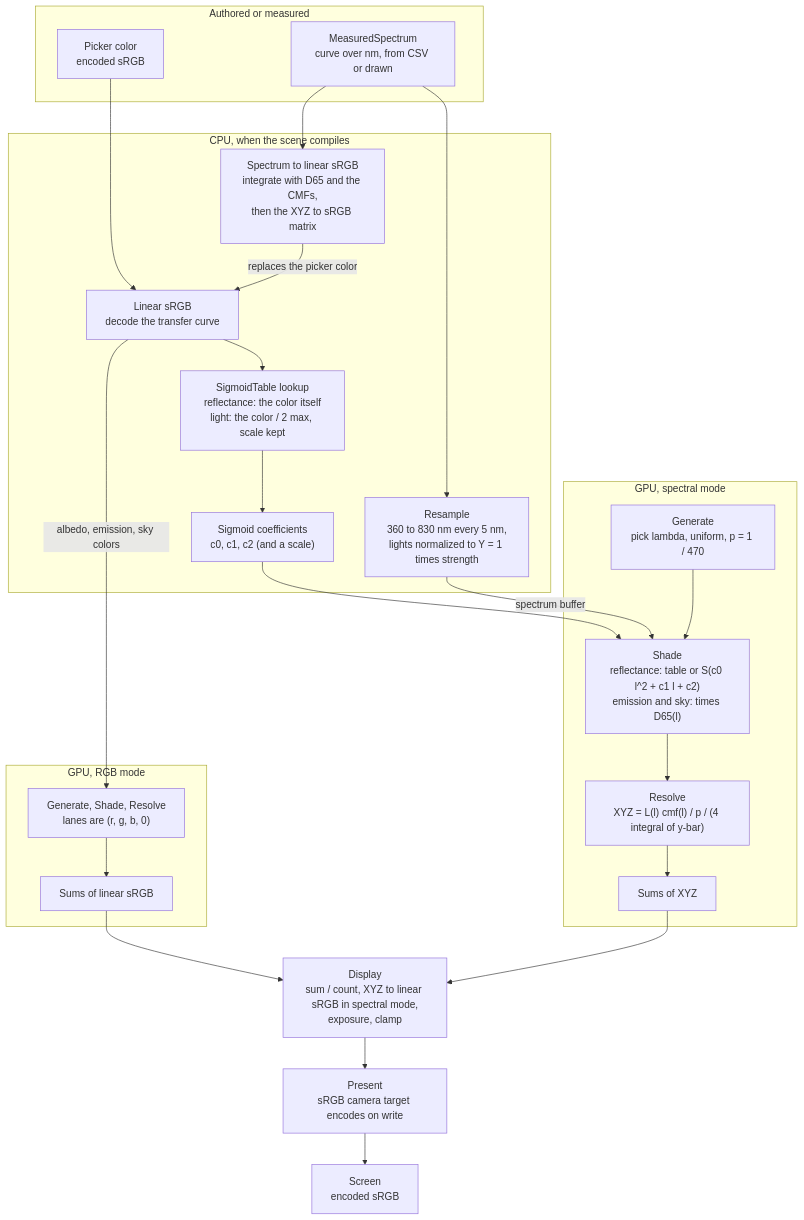
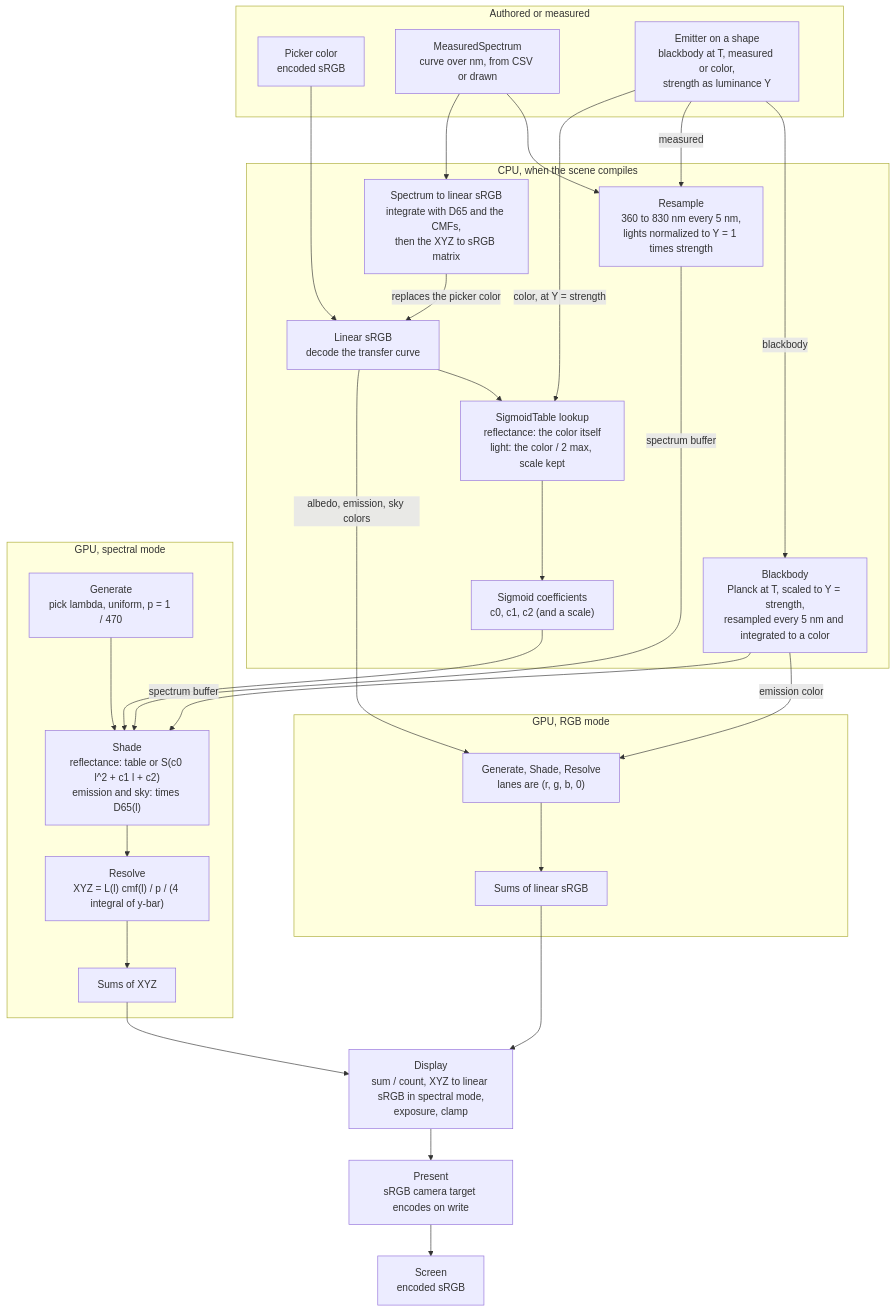
The diagram in Assets/SpectralPathTracer/Runtime/Spectra/README.md (Privnoval016/SpectralPathTracer), drawn with Mermaid before and after one commit. The commit also changed other lines of this file and 3 other files, not shown here.

````diff
--- a/Assets/SpectralPathTracer/Runtime/Spectra/README.md
+++ b/Assets/SpectralPathTracer/Runtime/Spectra/README.md
@@ -23,43 +23,50 @@
 ```mermaid
 flowchart TD
     subgraph AUTHOR["Authored or measured"]
         picker["Picker color<br/>encoded sRGB"]
         measured["MeasuredSpectrum<br/>curve over nm, from CSV or drawn"]
+        emitter["Emitter on a shape<br/>blackbody at T, measured or color,<br/>strength as luminance Y"]
     end
 
     subgraph CPU["CPU, when the scene compiles"]
         linear["Linear sRGB<br/>decode the transfer curve"]
         fit["SigmoidTable lookup<br/>reflectance: the color itself<br/>light: the color / 2 max, scale kept"]
         coeffs["Sigmoid coefficients<br/>c0, c1, c2 (and a scale)"]
         resample["Resample<br/>360 to 830 nm every 5 nm,<br/>lights normalized to Y = 1 times strength"]
         tocolor["Spectrum to linear sRGB<br/>integrate with D65 and the CMFs,<br/>then the XYZ to sRGB matrix"]
+        planck["Blackbody<br/>Planck at T, scaled to Y = strength,<br/>resampled every 5 nm and integrated to a color"]
     end
 
     subgraph GPU_RGB["GPU, RGB mode"]
         rgbpath["Generate, Shade, Resolve<br/>lanes are (r, g, b, 0)"]
         rgbsum["Sums of linear sRGB"]
     end
 
     subgraph GPU_SPEC["GPU, spectral mode"]
         lambda["Generate<br/>pick lambda, uniform, p = 1 / 470"]
         evaluate["Shade<br/>reflectance: table or S(c0 l^2 + c1 l + c2)<br/>emission and sky: times D65(l)"]
         estimate["Resolve<br/>XYZ = L(l) cmf(l) / p / (4 integral of y-bar)"]
         xyzsum["Sums of XYZ"]
     end
 
     display["Display<br/>sum / count, XYZ to linear sRGB in spectral mode,<br/>exposure, clamp"]
     present["Present<br/>sRGB camera target encodes on write"]
     screen["Screen<br/>encoded sRGB"]
 
     picker --> linear
     linear --> fit --> coeffs
     measured --> resample
     measured --> tocolor
     tocolor -- "replaces the picker color" --> linear
+    emitter -- "blackbody" --> planck
+    emitter -- "measured" --> resample
+    emitter -- "color, at Y = strength" --> fit
+    planck -- "emission color" --> rgbpath
+    planck -- "spectrum buffer" --> evaluate
 
     linear -- "albedo, emission, sky colors" --> rgbpath --> rgbsum --> display
     coeffs --> evaluate
     resample -- "spectrum buffer" --> evaluate
     lambda --> evaluate --> estimate --> xyzsum --> display
     display --> present --> screen
 ```
````
